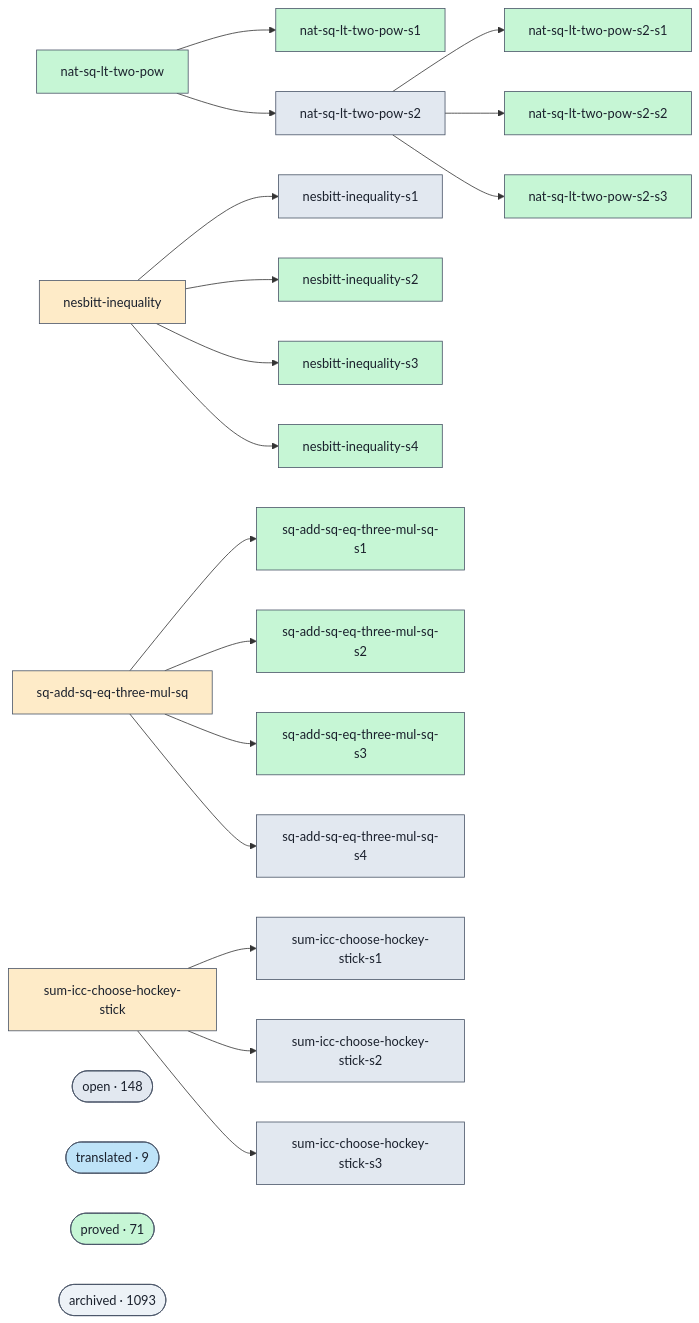
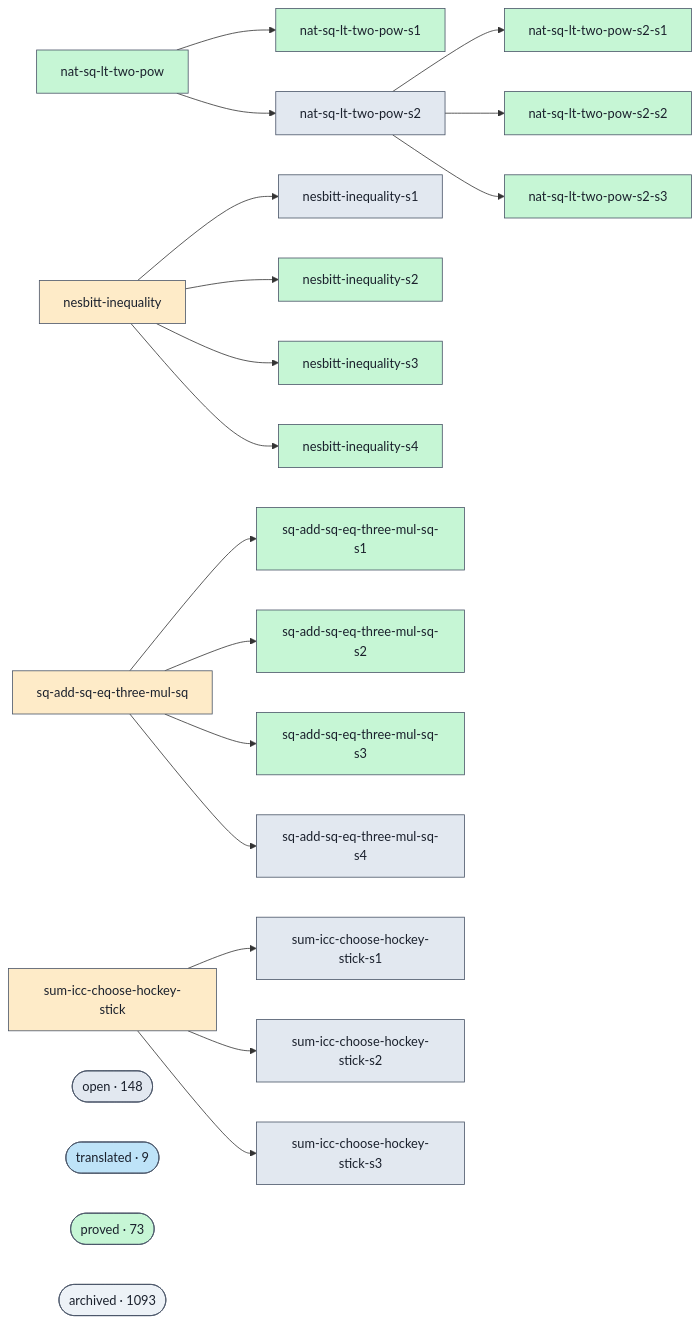
Before and after one commit to ohdearquant/unsorry: the diagram in docs/proofs-contributors-visualisation.md, drawn with Mermaid. The commit also changed other lines of this file and 2 other files, not shown here.

```diff
--- a/docs/proofs-contributors-visualisation.md
+++ b/docs/proofs-contributors-visualisation.md
@@ -102,7 +102,7 @@
   class cluster_open open;
   cluster_translated(["translated · 9"])
   class cluster_translated translated;
-  cluster_proved(["proved · 71"])
+  cluster_proved(["proved · 73"])
   class cluster_proved proved;
   cluster_archived(["archived · 1093"])
   class cluster_archived unknown;
```
